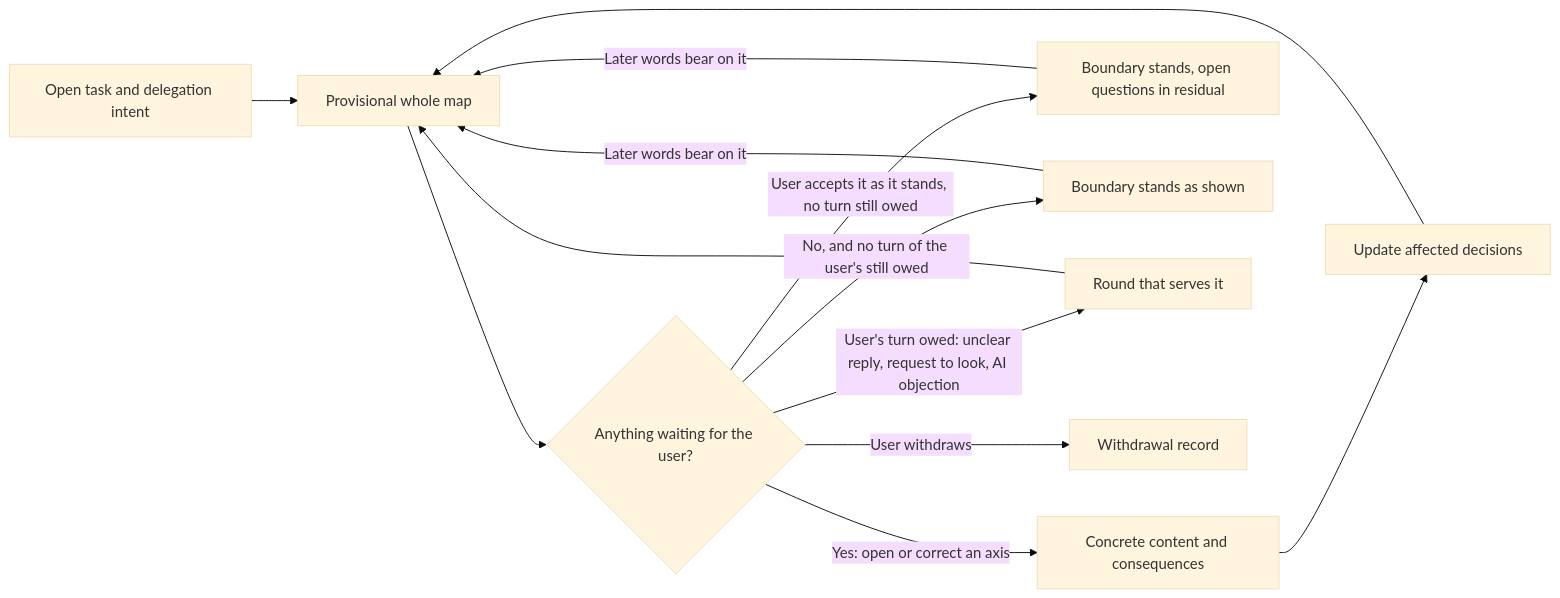
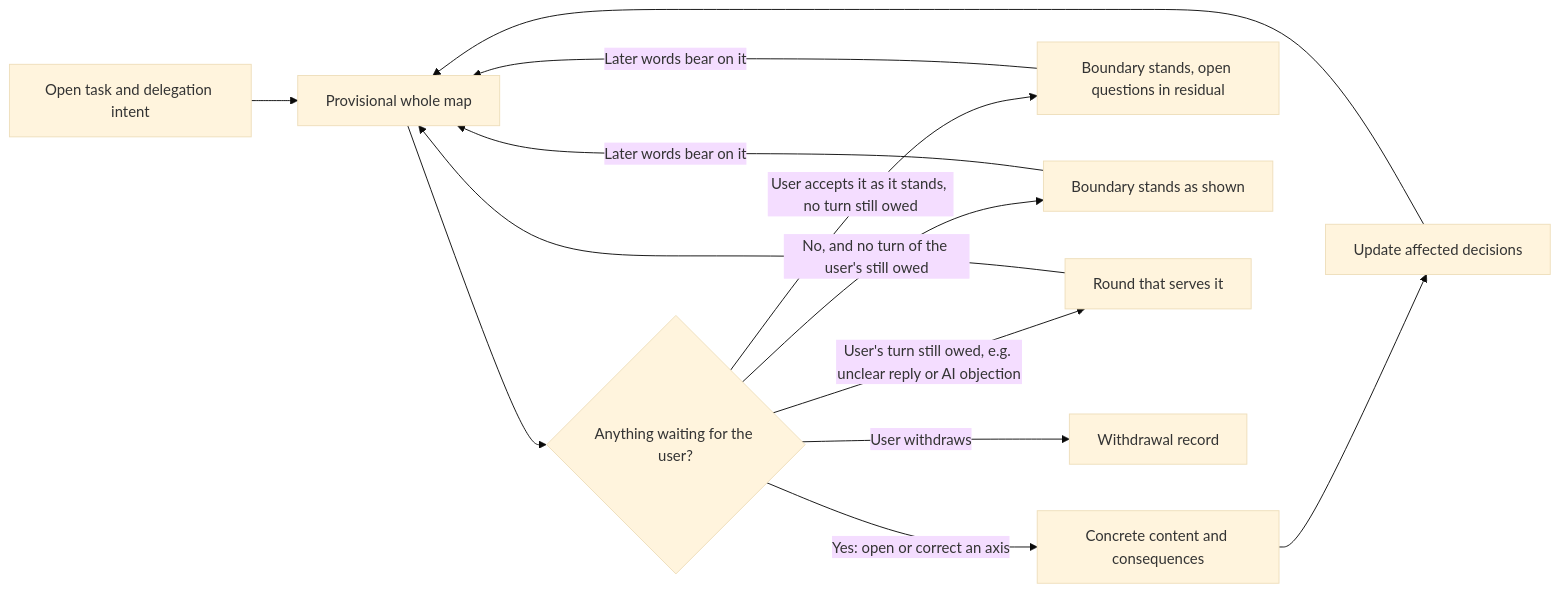
Before and after one commit to jongwony/epistemic-protocols: the diagram in horismos/README.md, drawn with Mermaid (base theme). The commit also changed other lines of this file and 3 other files, not shown here.

````diff
--- a/horismos/README.md
+++ b/horismos/README.md
@@ -9,15 +9,15 @@
 ```mermaid
 flowchart LR
     A[Open task and delegation intent] --> B[Provisional whole map]
     B --> C{Anything waiting for the user?}
     C -->|Yes: open or correct an axis| D[Concrete content and consequences]
     D --> E[Update affected decisions]
     E --> B
     C -->|User accepts it as it stands, no turn still owed| F[Boundary stands, open questions in residual]
     C -->|No, and no turn of the user's still owed| G[Boundary stands as shown]
-    C -->|User's turn owed: unclear reply, request to look, AI objection| H[Round that serves it]
+    C -->|User's turn still owed, e.g. unclear reply or AI objection| H[Round that serves it]
     H --> B
     C -->|User withdraws| W[Withdrawal record]
     F -->|Later words bear on it| B
     G -->|Later words bear on it| B
 ```
````
